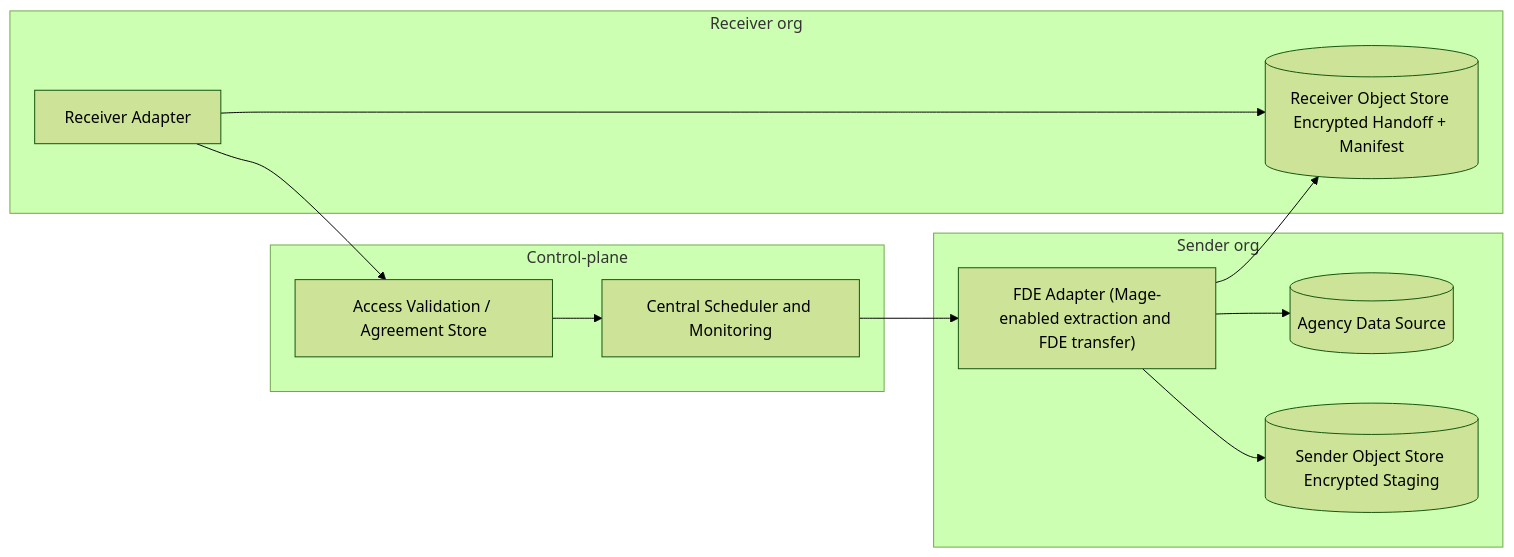
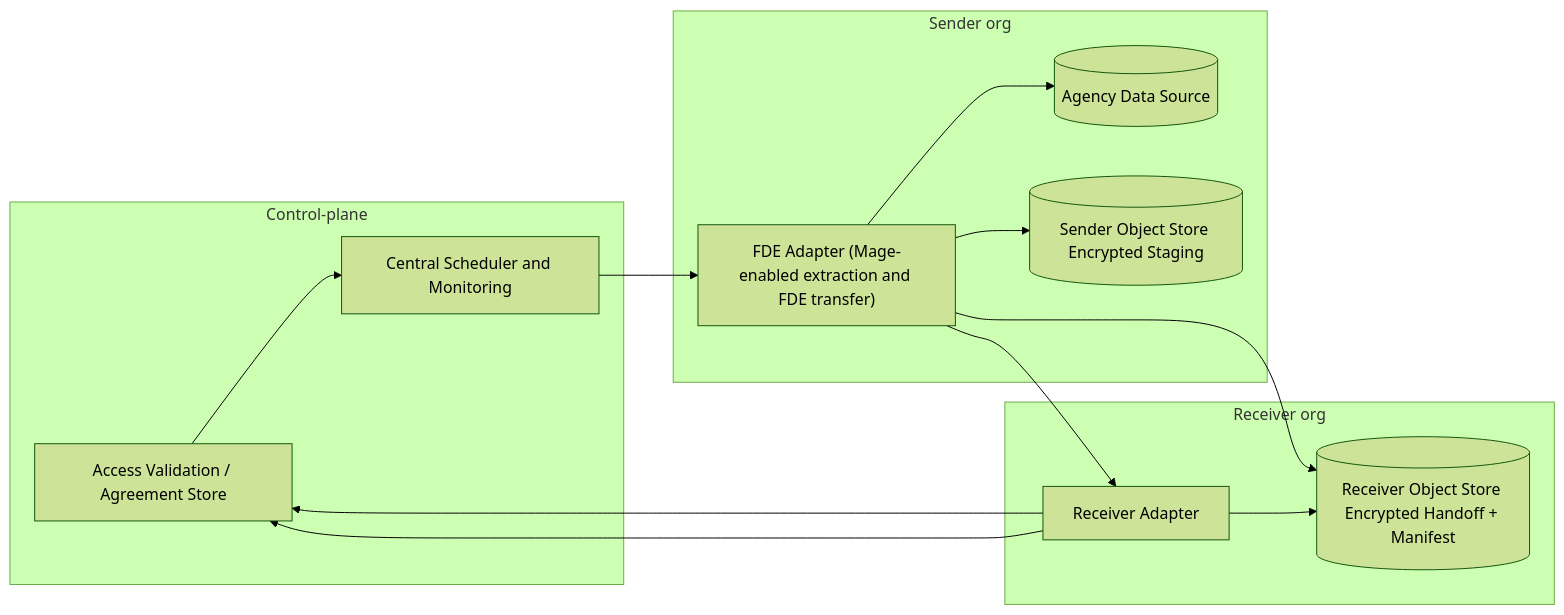
One commit to GSA-TTS/TTSE-Redwood changed the fourth of 8 diagrams in docs/adr/0001-fde-architecture-diagrams.md. Above: the diagram before and after it, drawn with Mermaid (forest theme). The commit also changed other lines of this file and 1 other file, not shown here.

````diff
--- a/docs/adr/0001-fde-architecture-diagrams.md
+++ b/docs/adr/0001-fde-architecture-diagrams.md
@@ -108,26 +115,28 @@
 ```mermaid
 flowchart LR
   subgraph ControlPlane[Control-plane]
     AV3[Access Validation / Agreement Store]
     CP3["Central Scheduler and Monitoring"]
   end
 
   subgraph AgencyBoundary[Sender org]
     A3["FDE Adapter (Mage-enabled extraction and FDE transfer)"]
     SRC3[(Agency Data Source)]
     SOS3[(Sender Object Store Encrypted Staging)]
   end
 
   subgraph ReceiverSide[Receiver org]
     R3[Receiver Adapter]
     ROS3[(Receiver Object Store Encrypted Handoff + Manifest)]
   end
 
   R3 --> AV3
   AV3 --> CP3
   CP3 --> A3
   A3 --> SRC3
   A3 --> SOS3
   A3 --> ROS3
   R3 --> ROS3
+  A3 --> R3
+  R3 --> AV3
 ```
````
